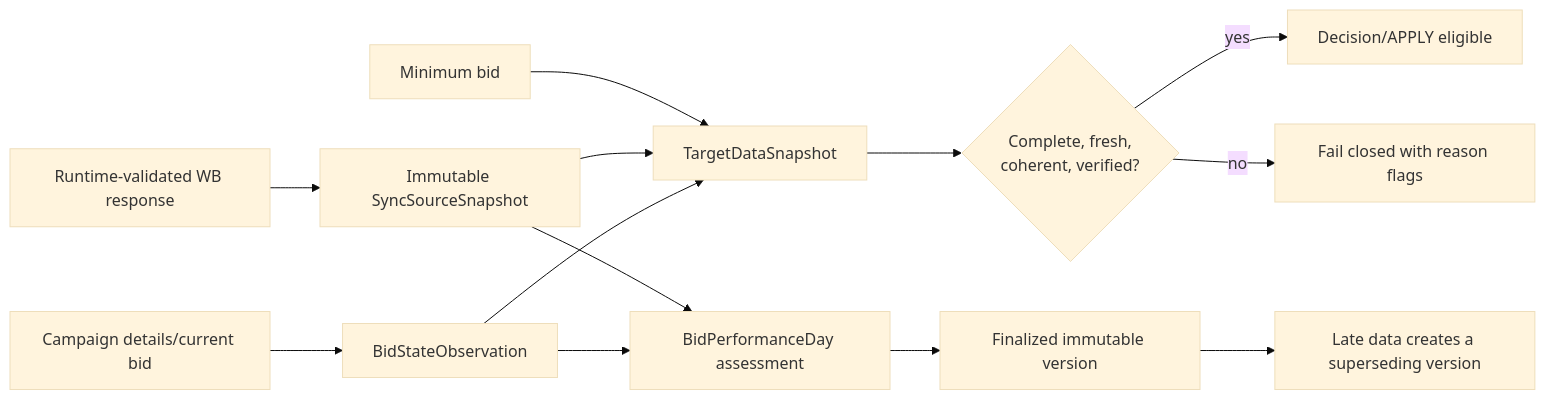
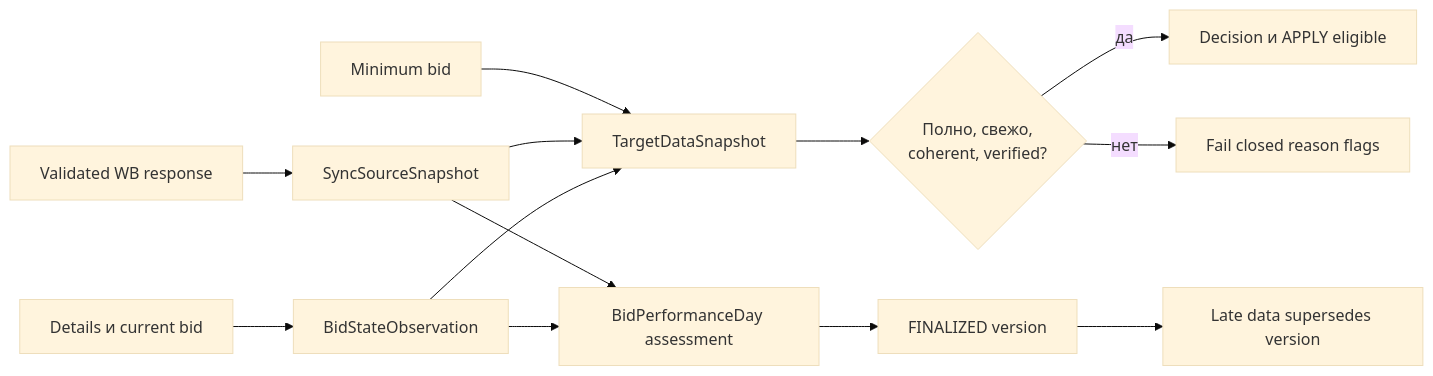
Before and after one commit to odubinkin/wb-bidding: the diagram in docs/data-synchronization.md, drawn with Mermaid (base theme). The commit also changed other lines of this file and 85 other files, not shown here.

````diff
--- a/docs/data-synchronization.md
+++ b/docs/data-synchronization.md
@@ -36,15 +27,15 @@
 ```mermaid
 flowchart LR
-  WB[Runtime-validated WB response] --> S[Immutable SyncSourceSnapshot]
-  D[Campaign details/current bid] --> O[BidStateObservation]
+  WB[Validated WB response] --> S[SyncSourceSnapshot]
+  D[Details и current bid] --> O[BidStateObservation]
   M[Minimum bid] --> T[TargetDataSnapshot]
   S --> T
   O --> T
-  T --> G{Complete, fresh,<br/>coherent, verified?}
-  G -- yes --> A[Decision/APPLY eligible]
-  G -- no --> B[Fail closed with reason flags]
+  T --> G{Полно, свежо,<br/>coherent, verified?}
+  G -- да --> A[Decision и APPLY eligible]
+  G -- нет --> B[Fail closed reason flags]
   S --> P[BidPerformanceDay assessment]
   O --> P
-  P --> F[Finalized immutable version]
-  F --> X[Late data creates a superseding version]
+  P --> F[FINALIZED version]
+  F --> X[Late data supersedes version]
 ```
````
